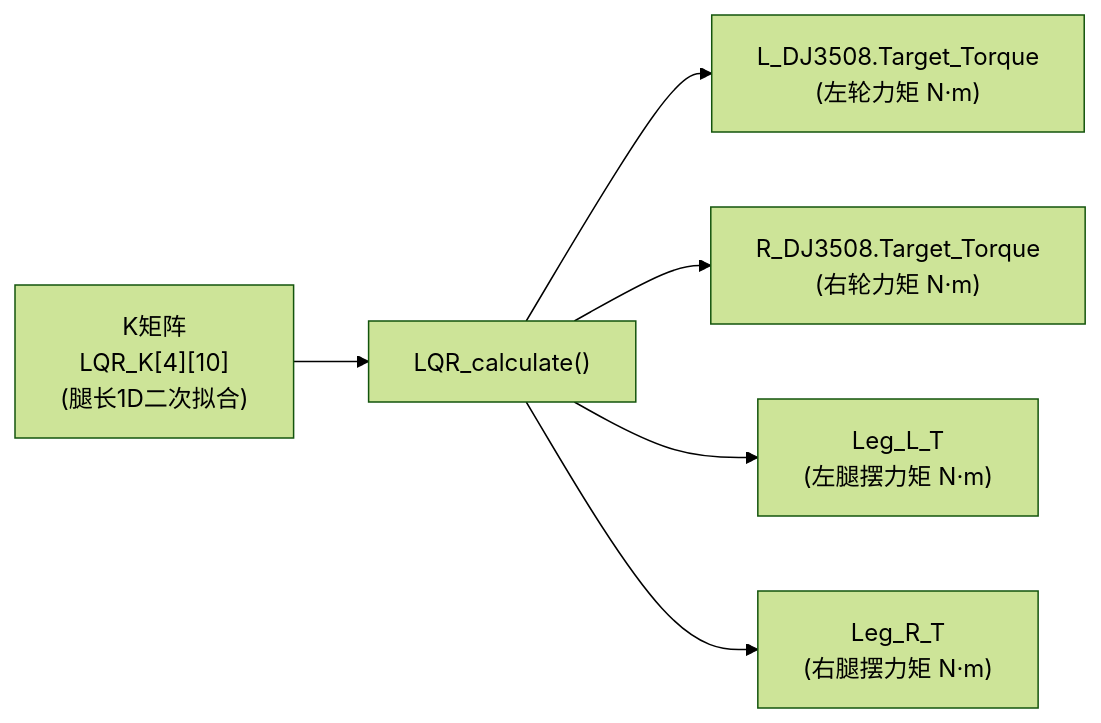
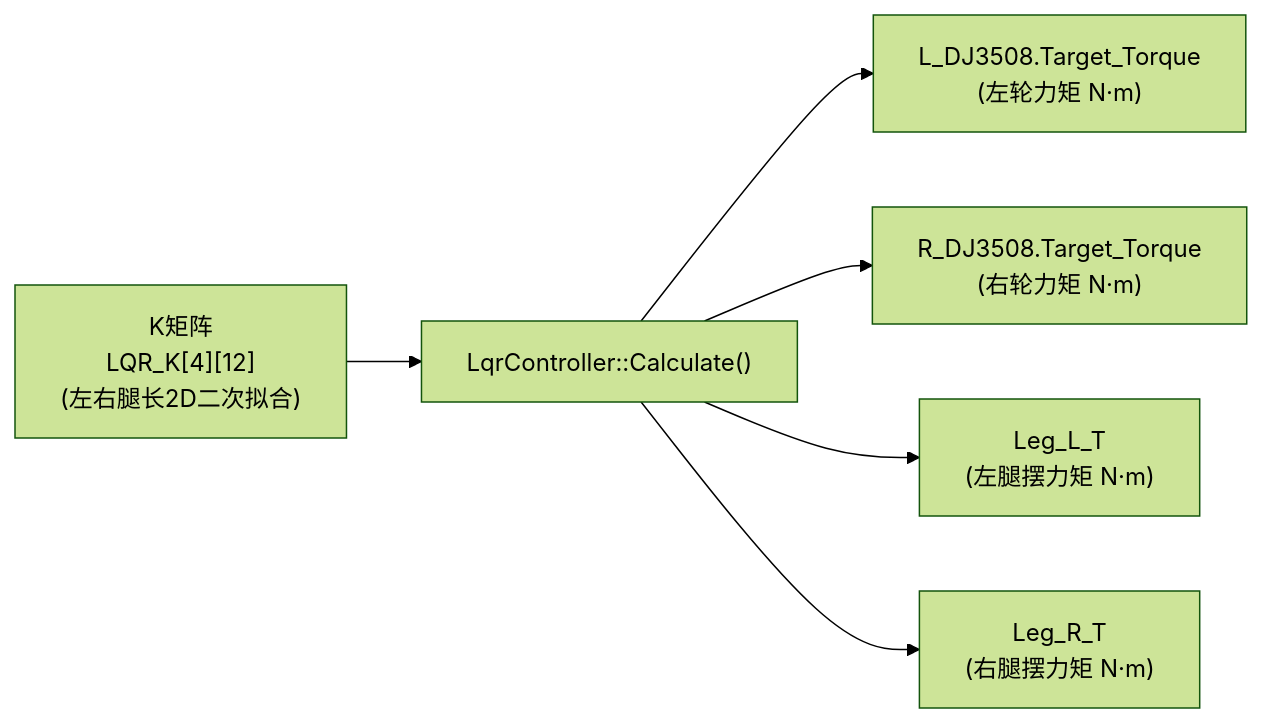
Before and after one commit to con9uer666/TARS-Go-Wheel-Leg-DOWNBoard: the sixth of 7 diagrams in User_code/Motion_Control/Motion_Control_Module.md, drawn with Mermaid (forest theme). The commit also changed other lines of this file and 21 other files, not shown here.

````diff
--- a/User_code/Motion_Control/Motion_Control_Module.md
+++ b/User_code/Motion_Control/Motion_Control_Module.md
@@ -186,8 +186,8 @@
 ```mermaid
 flowchart LR
-    A["K矩阵\nLQR_K[4][10]\n(腿长1D二次拟合)"] --> B["LQR_calculate()"]
+    A["K矩阵\nLQR_K[4][12]\n(左右腿长2D二次拟合)"] --> B["LqrController::Calculate()"]
     B --> C1["L_DJ3508.Target_Torque\n(左轮力矩 N·m)"]
     B --> C2["R_DJ3508.Target_Torque\n(右轮力矩 N·m)"]
     B --> C3["Leg_L_T\n(左腿摆力矩 N·m)"]
     B --> C4["Leg_R_T\n(右腿摆力矩 N·m)"]
 ```
````
